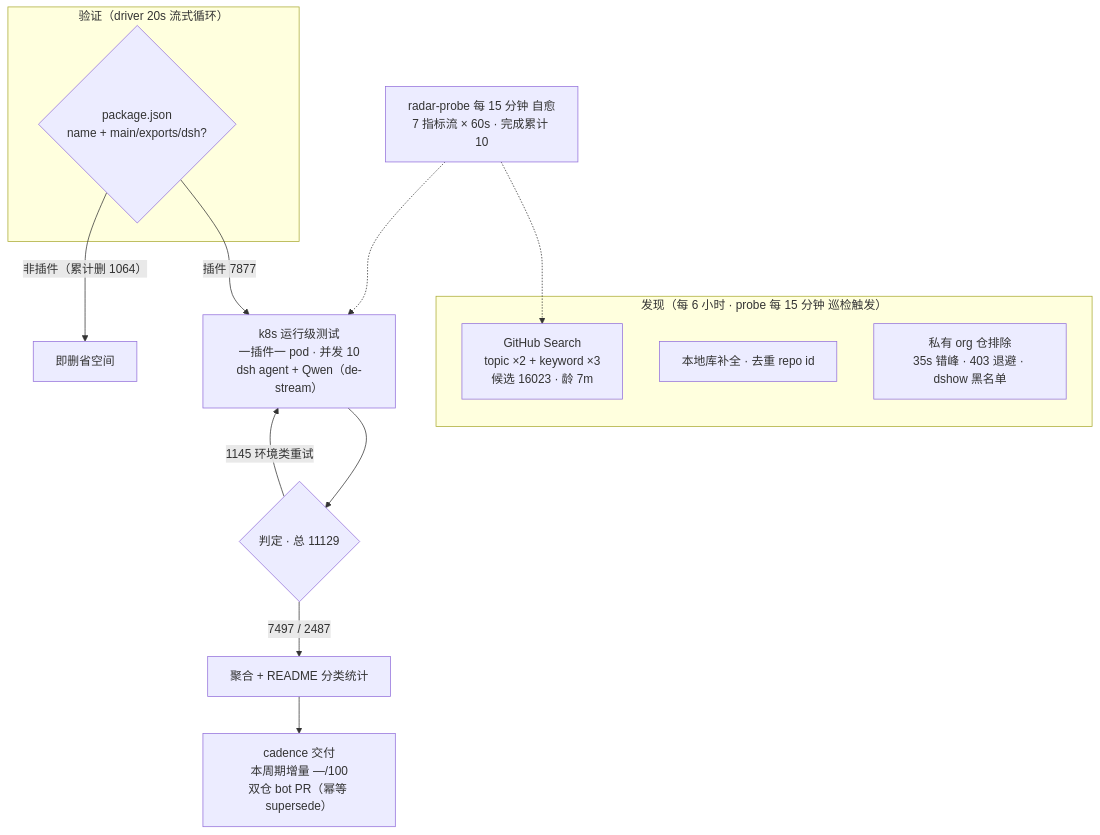
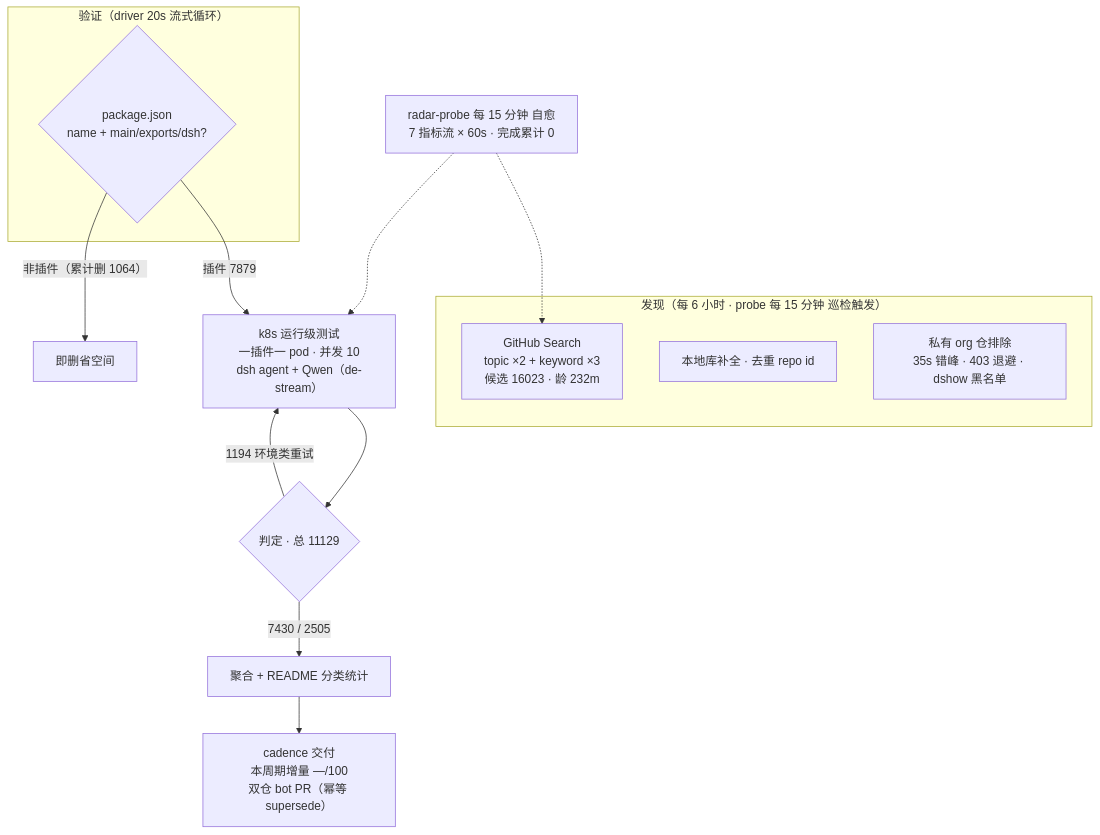
Before and after one commit to AdamPlatin123/awesome-dsh-plugins: the diagram in README.md, drawn with Mermaid. The commit also changed other lines of this file and 4 other files, not shown here.

````diff
--- a/README.md
+++ b/README.md
@@ -52,20 +52,20 @@
 ```mermaid
 flowchart TB
     subgraph Discovery["发现（每 6 小时 · probe 每 15 分钟 巡检触发）"]
-        A1["GitHub Search<br/>topic ×2 + keyword ×3<br/>候选 16023 · 龄 7m"]
+        A1["GitHub Search<br/>topic ×2 + keyword ×3<br/>候选 16023 · 龄 232m"]
         A2["本地库补全 · 去重 repo id"]
         A3["私有 org 仓排除<br/>35s 错峰 · 403 退避 · dshow 黑名单"]
     end
     subgraph Validation["验证（driver 20s 流式循环）"]
         B1{"package.json<br/>name + main/exports/dsh?"}
     end
-    B1 -->|"插件 7877"| C1["k8s 运行级测试<br/>一插件一 pod · 并发 10<br/>dsh agent + Qwen（de-stream）"]
+    B1 -->|"插件 7879"| C1["k8s 运行级测试<br/>一插件一 pod · 并发 10<br/>dsh agent + Qwen（de-stream）"]
     B1 -->|"非插件（累计删 1064）"| B3["即删省空间"]
     C1 --> D1{"判定 · 总 11129"}
-    D1 -->|"7497 / 2487"| E1["聚合 + README 分类统计"]
-    D1 -->|"1145 环境类重试"| C1
+    D1 -->|"7430 / 2505"| E1["聚合 + README 分类统计"]
+    D1 -->|"1194 环境类重试"| C1
     E1 --> E2["cadence 交付<br/>本周期增量 —/100<br/>双仓 bot PR（幂等 supersede）"]
-    M["radar-probe 每 15 分钟 自愈<br/>7 指标流 × 60s · 完成累计 10"]
+    M["radar-probe 每 15 分钟 自愈<br/>7 指标流 × 60s · 完成累计 0"]
     M -.-> A1
     M -.-> C1
 ```
````
